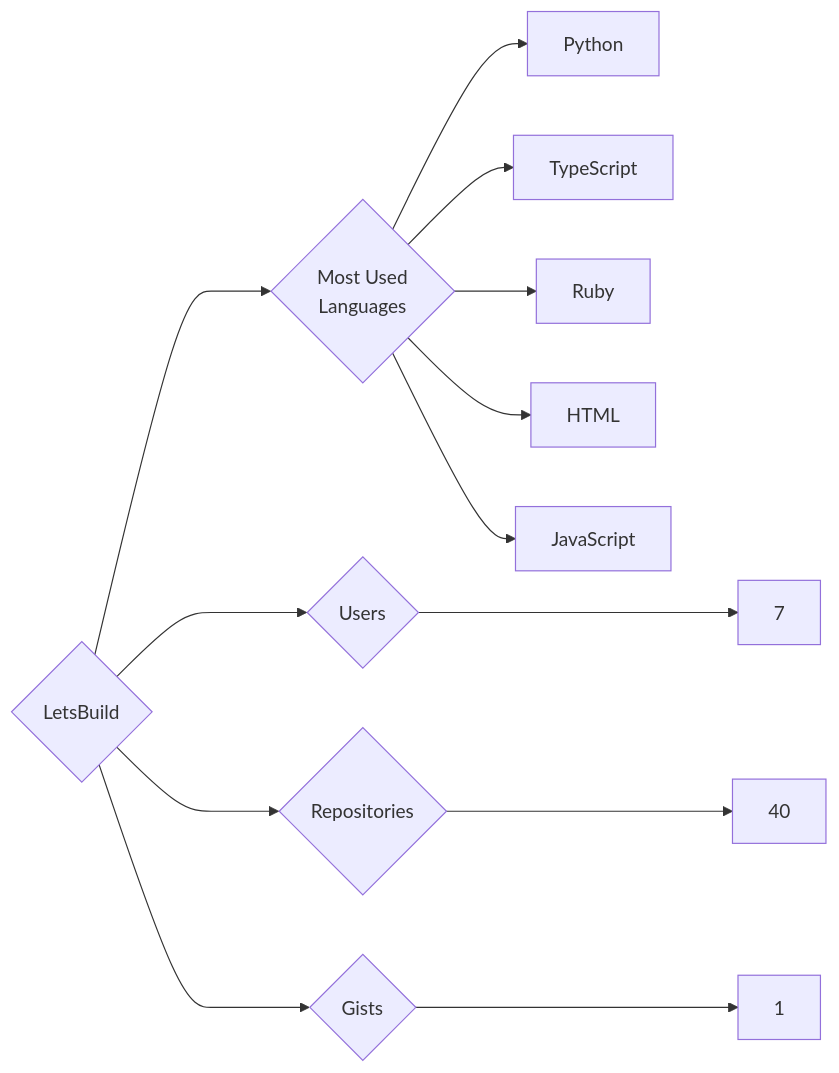
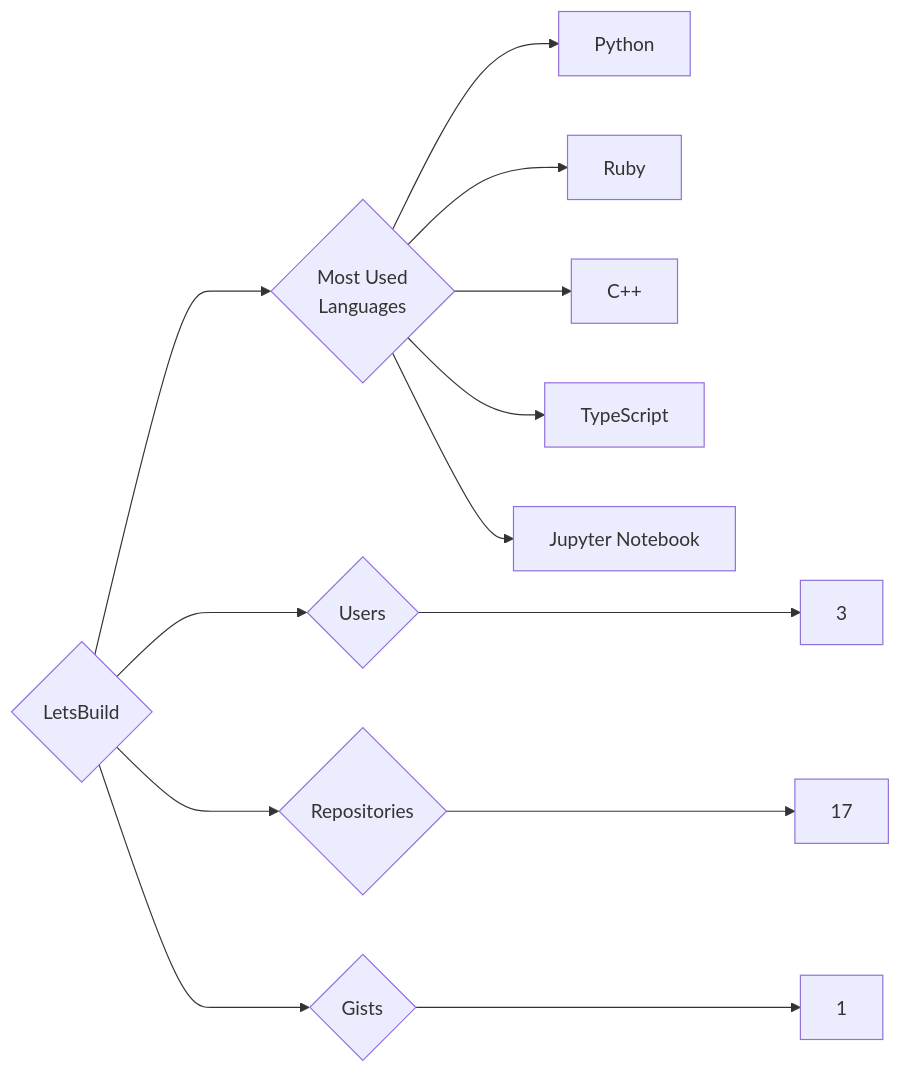
Before and after one commit to trickest/insiders: the diagram in targets/LetsBuild/README.md, drawn with Mermaid. The commit also changed 1508 other files, not shown here.

````diff
--- a/targets/LetsBuild/README.md
+++ b/targets/LetsBuild/README.md
@@ -3,13 +3,13 @@
 ```mermaid
 graph LR
 COMPANY_NAME{LetsBuild}
-COMPANY_NAME ---> U{Users} ---> UN[7]
-COMPANY_NAME ---> R{Repositories} ---> RN[40]
+COMPANY_NAME ---> U{Users} ---> UN[3]
+COMPANY_NAME ---> R{Repositories} ---> RN[17]
 COMPANY_NAME ---> G{Gists} ---> GN[1]
 COMPANY_NAME ---> ML{Most Used<br>Languages}
 ML --> Python[Python]
+ML --> Ruby[Ruby]
+ML --> C++[C++]
 ML --> TypeScript[TypeScript]
-ML --> Ruby[Ruby]
-ML --> HTML[HTML]
-ML --> JavaScript[JavaScript]
+ML --> Jupyter_Notebook[Jupyter Notebook]
 ```
````
